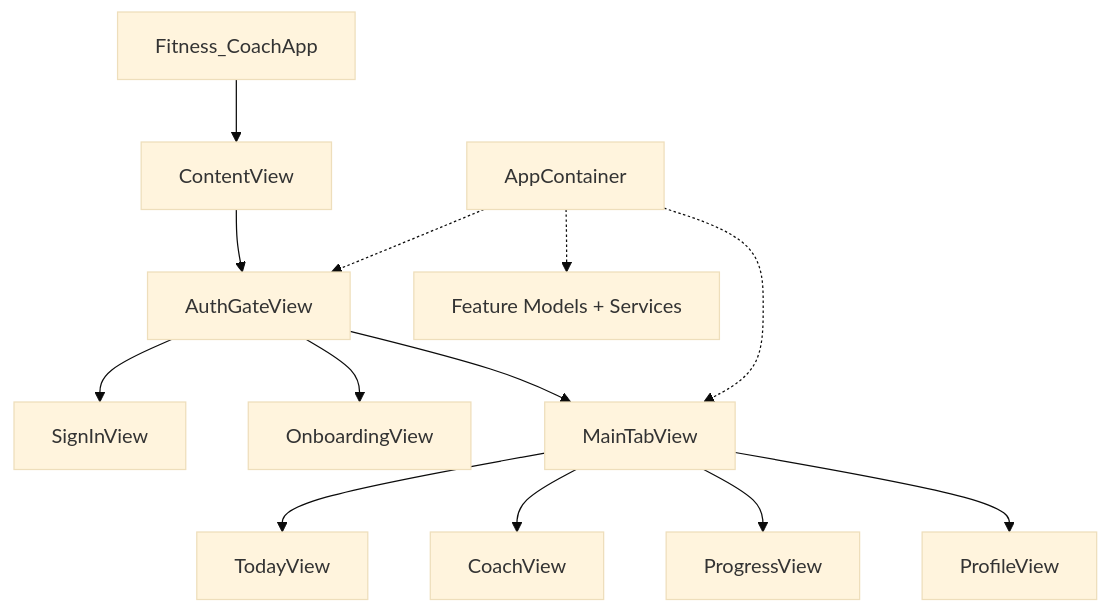
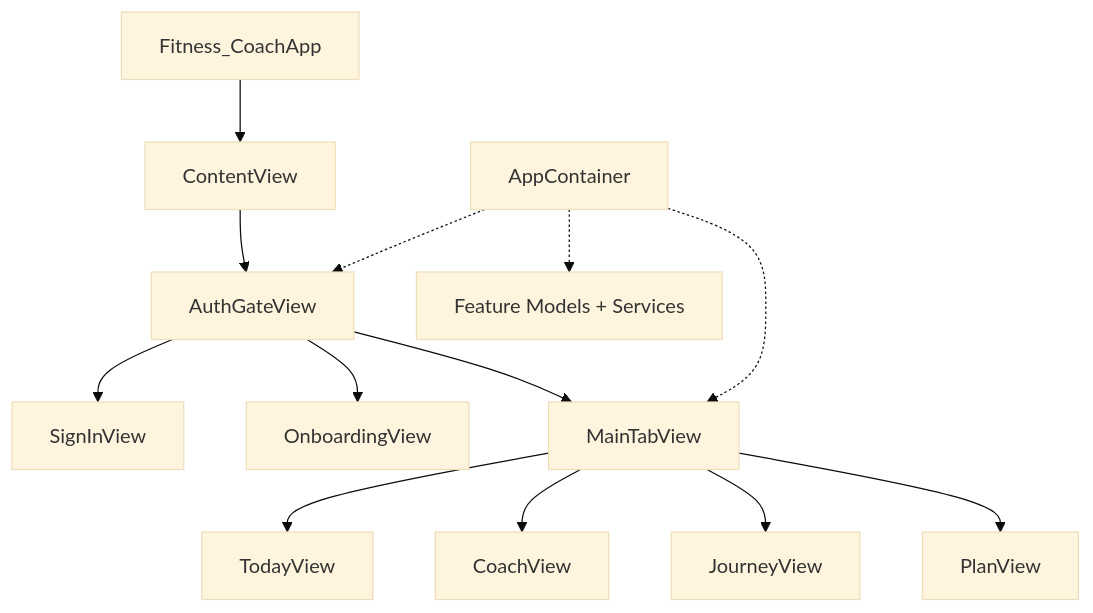
The diagram in Docs/Architecture.md (isaacchua0309/FitnessCoach), drawn with Mermaid (base theme) before and after one commit. The commit also changed other lines of this file and 152 other files, not shown here.

First line of the commit message:
Phase 6: Rename legacy FitPilot, Progress, and Profile symbols

````diff
--- a/Docs/Architecture.md
+++ b/Docs/Architecture.md
@@ -149,15 +149,15 @@
 ```mermaid
 flowchart TB
     App[Fitness_CoachApp] --> CV[ContentView]
     CV --> AG[AuthGateView]
     AG --> SignIn[SignInView]
     AG --> OB[OnboardingView]
     AG --> MT[MainTabView]
     MT --> Today[TodayView]
     MT --> Coach[CoachView]
-    MT --> Journey[ProgressView]
-    MT --> Plan[ProfileView]
+    MT --> Journey[JourneyView]
+    MT --> Plan[PlanView]
     AC[AppContainer] -.-> AG
     AC -.-> MT
     AC -.-> Models[Feature Models + Services]
 ```
````
